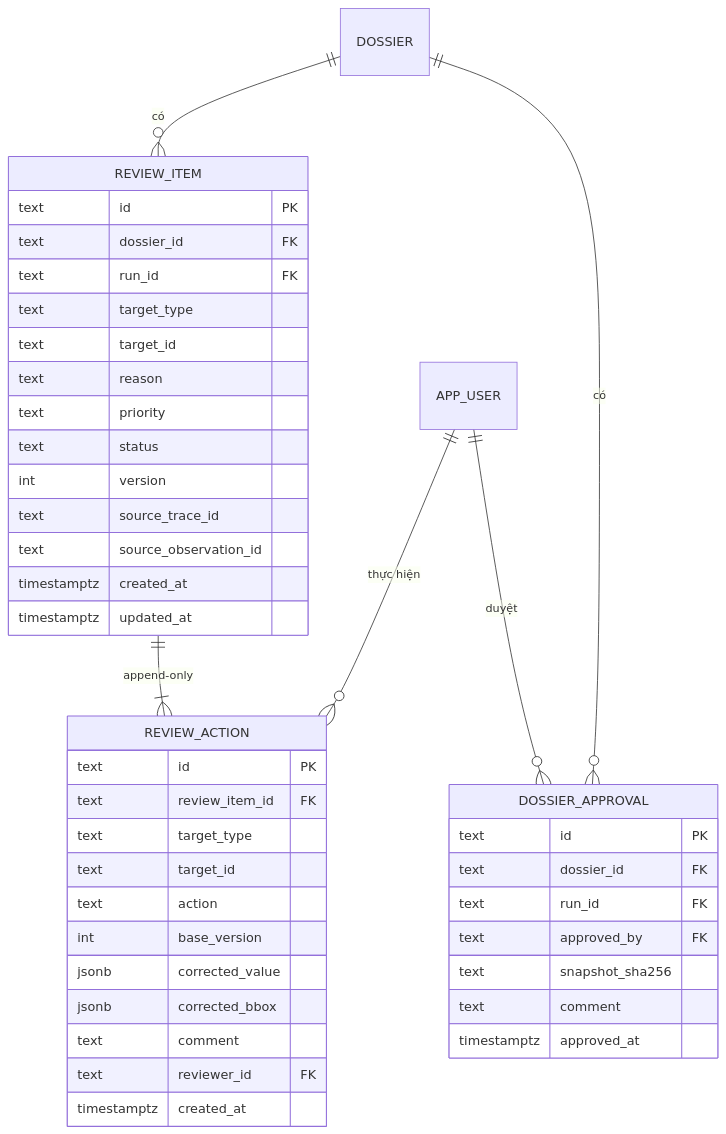
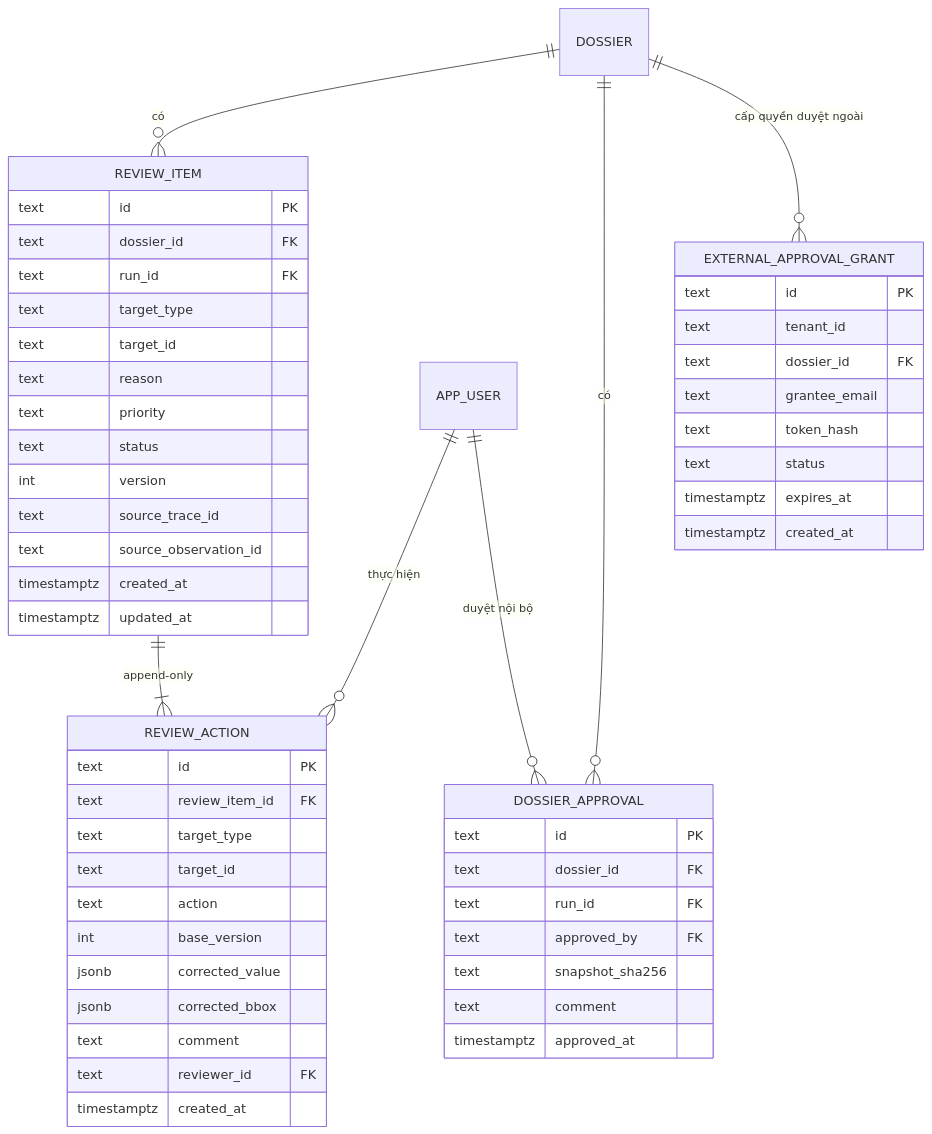
Before and after one commit to AI20K-VGR/contract-intelligence-core: the eighth of 10 diagrams in docs/DOC-04c-database-erd.md, drawn with Mermaid. The commit also changed other lines of this file and 5 other files, not shown here.

First line of the commit message:
docs: sync architecture, schema, api spec, and fe-be contract with semver

````diff
--- a/docs/DOC-04c-database-erd.md
+++ b/docs/DOC-04c-database-erd.md
@@ -894,46 +844,57 @@
 ```mermaid
 erDiagram
     DOSSIER ||--o{ REVIEW_ITEM : "có"
     REVIEW_ITEM ||--|{ REVIEW_ACTION : "append-only"
     APP_USER ||--o{ REVIEW_ACTION : "thực hiện"
     DOSSIER ||--o{ DOSSIER_APPROVAL : "có"
-    APP_USER ||--o{ DOSSIER_APPROVAL : "duyệt"
+    APP_USER ||--o{ DOSSIER_APPROVAL : "duyệt nội bộ"
+    DOSSIER ||--o{ EXTERNAL_APPROVAL_GRANT : "cấp quyền duyệt ngoài"
 
     REVIEW_ITEM {
         text id PK
         text dossier_id FK
         text run_id FK
         text target_type
         text target_id
         text reason
         text priority
         text status
         int version
         text source_trace_id
         text source_observation_id
         timestamptz created_at
         timestamptz updated_at
     }
     REVIEW_ACTION {
         text id PK
         text review_item_id FK
         text target_type
         text target_id
         text action
         int base_version
         jsonb corrected_value
         jsonb corrected_bbox
         text comment
         text reviewer_id FK
         timestamptz created_at
     }
     DOSSIER_APPROVAL {
         text id PK
         text dossier_id FK
         text run_id FK
         text approved_by FK
         text snapshot_sha256
         text comment
         timestamptz approved_at
     }
+    EXTERNAL_APPROVAL_GRANT {
+        text id PK
+        text tenant_id
+        text dossier_id FK
+        text grantee_email
+        text token_hash
+        text status
+        timestamptz expires_at
+        timestamptz created_at
+    }
 ```
````
